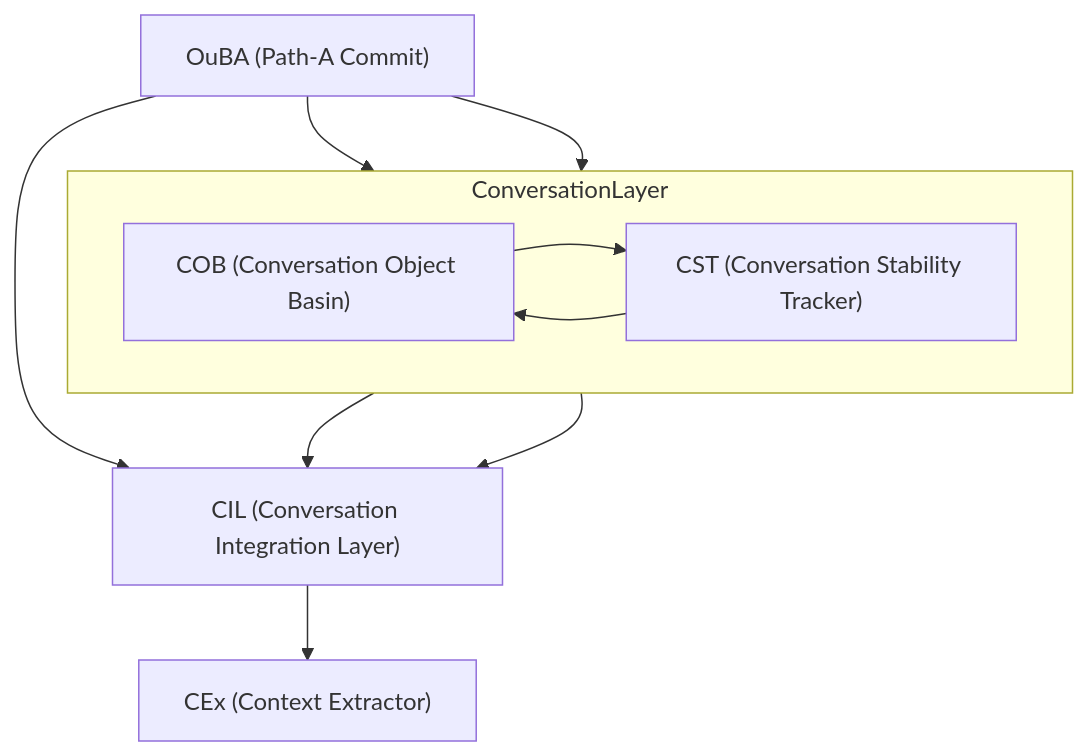
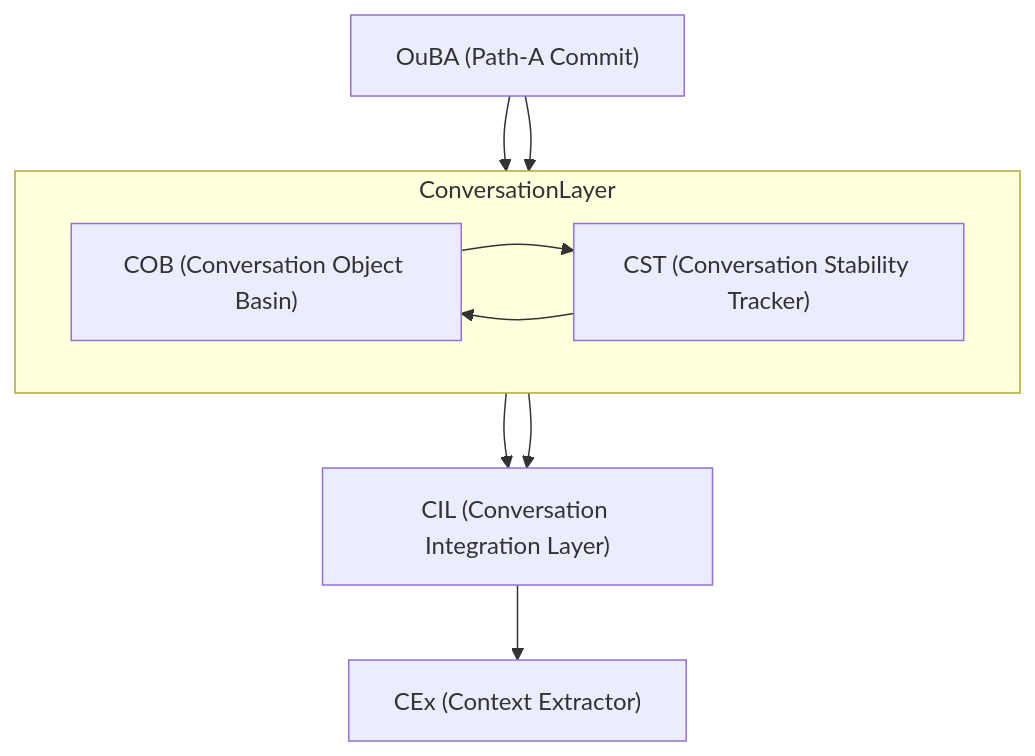
Before and after one commit to CuriousOne23/WhenMathPrays: the diagram in thought_simulator/20_requirements/20.705_patha_pathb_flow.md, drawn with Mermaid.

````diff
--- a/thought_simulator/20_requirements/20.705_patha_pathb_flow.md
+++ b/thought_simulator/20_requirements/20.705_patha_pathb_flow.md
@@ -230,33 +230,32 @@
 ```mermaid
 flowchart TD
 
     %% Core A→B boundary
     OuBA["OuBA (Path‑A Commit)"]
 
     %% Conversation-layer objects (parallel row)
     subgraph ConversationLayer
         direction LR
         COB["COB (Conversation Object Basin)"]
         CST["CST (Conversation Stability Tracker)"]
     end
 
     %% Intake-side identity integration
     CIL["CIL (Conversation Integration Layer)"]
 
     %% Downstream semantic intake
     CEx["CEx (Context Extractor)"]
 
     %% Flows
 
     OuBA --> COB
     OuBA --> CST
-    OuBA --> CIL
 
     COB --> CST
     CST --> COB
 
     CST --> CIL
     COB --> CIL
 
     CIL --> CEx
 ```
````
